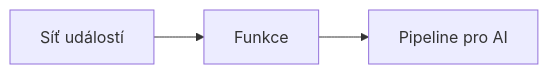
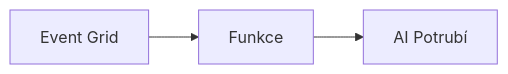
One commit to microsoft/AZD-for-beginners changed the second of 2 diagrams in translations/cs/docs/chapter-08-production/README.md. Above: the diagram before and after it, drawn with Mermaid. The commit also changed other lines of this file and 101 other files, not shown here.

````diff
--- a/translations/cs/docs/chapter-08-production/README.md
+++ b/translations/cs/docs/chapter-08-production/README.md
@@ -54,4 +56,4 @@
 ```mermaid
 graph LR
-    EventGrid[Síť událostí] --> Functions[Funkce] --> Pipeline[Pipeline pro AI]
+    EventGrid[Event Grid] --> Functions[Funkce] --> Pipeline[AI Potrubí]
 ```
````
